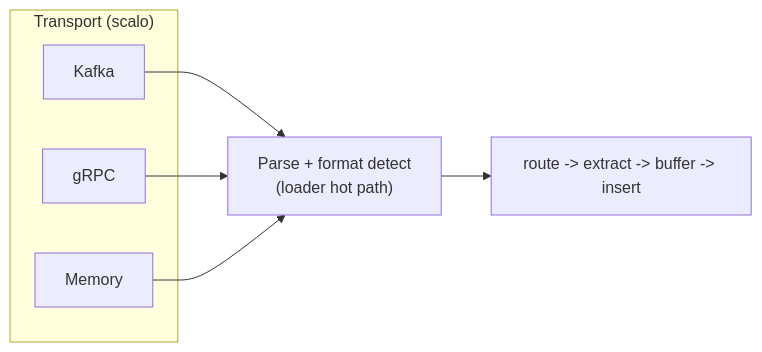
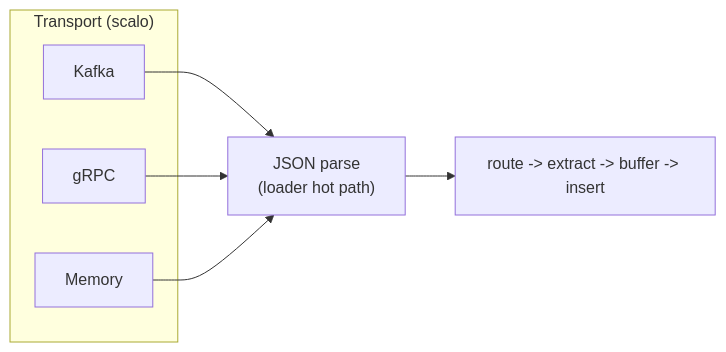
Before and after one commit to hyperi-io/dfe-loader: the diagram in docs/transport/README.md, drawn with Mermaid. The commit also changed other lines of this file and 56 other files, not shown here.

````diff
--- a/docs/transport/README.md
+++ b/docs/transport/README.md
@@ -20,15 +21,15 @@
 ```mermaid
 flowchart LR
     subgraph scalo["Transport (scalo)"]
         K["Kafka"]
         G["gRPC"]
         M["Memory"]
     end
-    P["Parse + format detect<br/>(loader hot path)"]
+    P["JSON parse<br/>(loader hot path)"]
     REST["route -> extract -> buffer -> insert"]
 
     K --> P
     G --> P
     M --> P
     P --> REST
 ```
````
